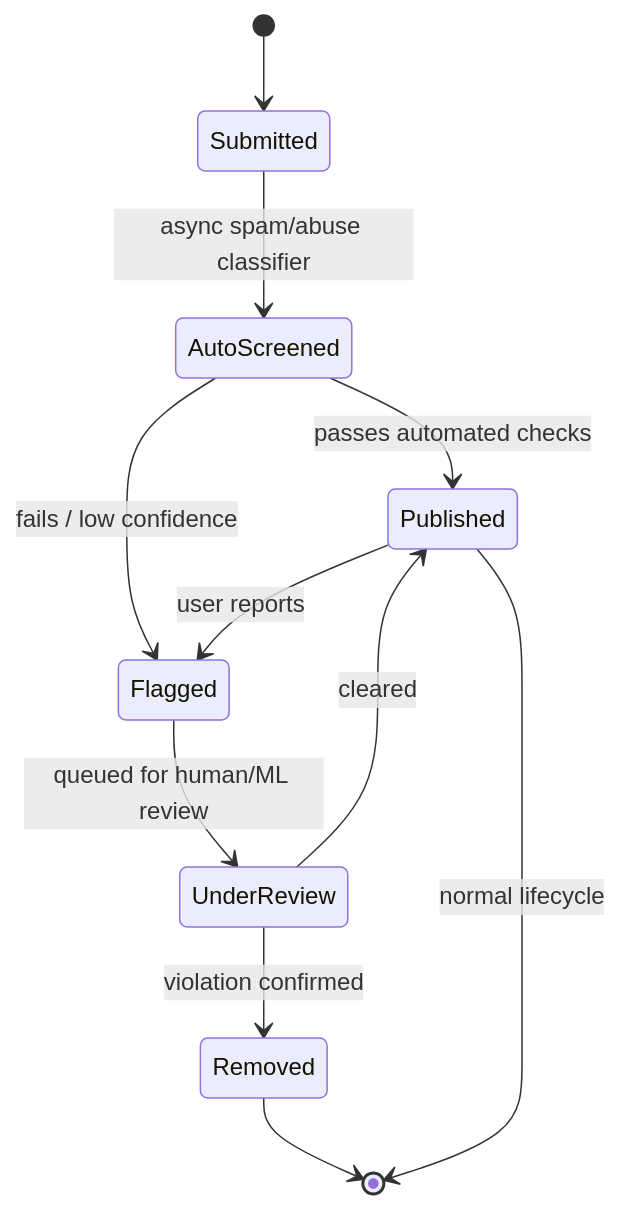
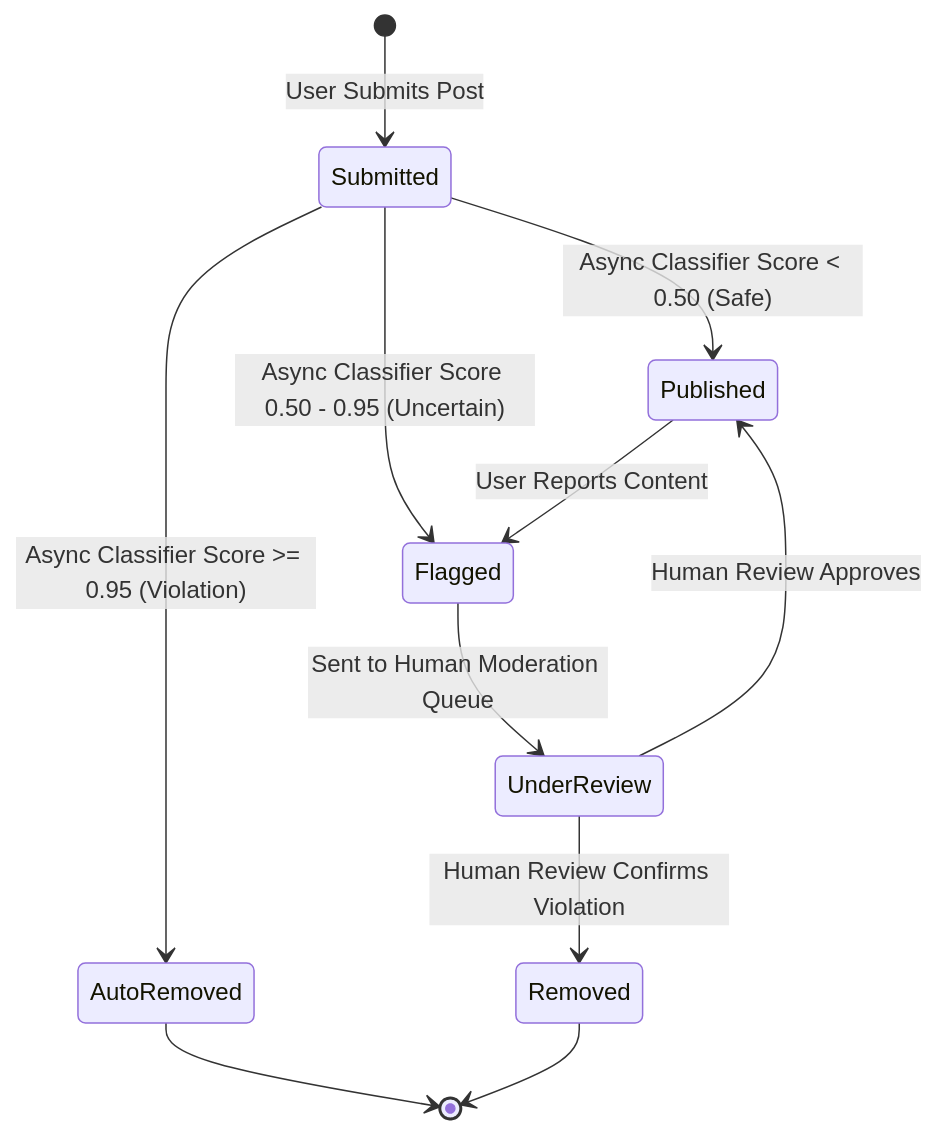
Diagram 16 of 18 in system-design/HLD/0-course/27-Design Quora-FAANG-Guide.md (riyaz-pasha/Learnings), drawn with Mermaid before and after one commit. The commit also changed other lines of this file and 1 other file, not shown here.

Commit message:
docs: simplify language, expand examples, and fix mermaid diagrams in Quora guide

````diff
--- a/system-design/HLD/0-course/27-Design Quora-FAANG-Guide.md
+++ b/system-design/HLD/0-course/27-Design Quora-FAANG-Guide.md
@@ -778,13 +720,17 @@
 ```mermaid
 stateDiagram-v2
-    [*] --> Submitted
-    Submitted --> AutoScreened: async spam/abuse classifier
-    AutoScreened --> Published: passes automated checks
-    AutoScreened --> Flagged: fails / low confidence
-    Published --> Flagged: user reports
-    Flagged --> UnderReview: queued for human/ML review
-    UnderReview --> Published: cleared
-    UnderReview --> Removed: violation confirmed
+    [*] --> Submitted: User Submits Post
+    
+    Submitted --> Published: Async Classifier Score < 0.50 (Safe)
+    Submitted --> AutoRemoved: Async Classifier Score >= 0.95 (Violation)
+    Submitted --> Flagged: Async Classifier Score 0.50 - 0.95 (Uncertain)
+    
+    Flagged --> UnderReview: Sent to Human Moderation Queue
+    Published --> Flagged: User Reports Content
+    
+    UnderReview --> Published: Human Review Approves
+    UnderReview --> Removed: Human Review Confirms Violation
+    
+    AutoRemoved --> [*]
     Removed --> [*]
-    Published --> [*]: normal lifecycle
 ```
````
